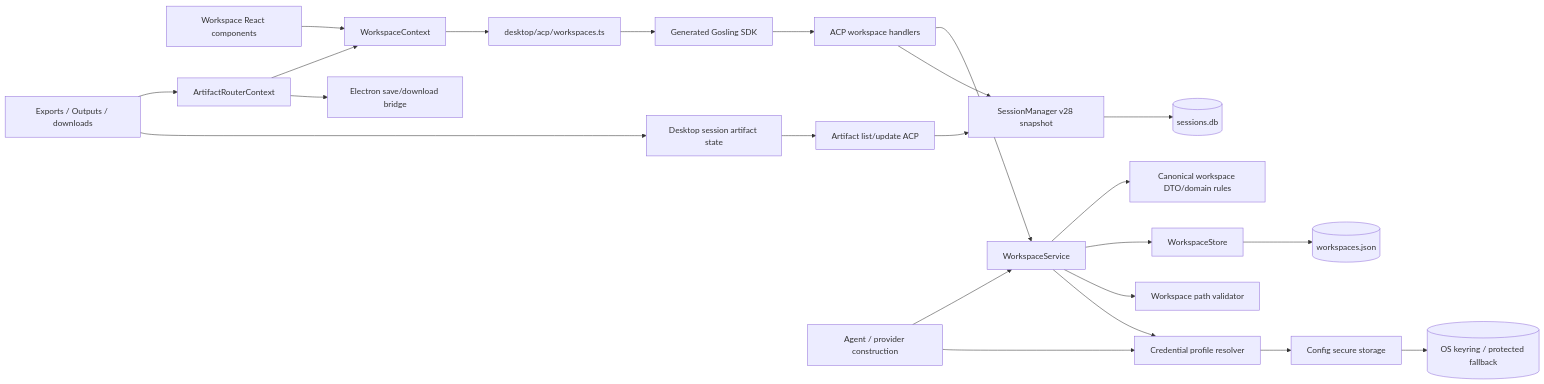
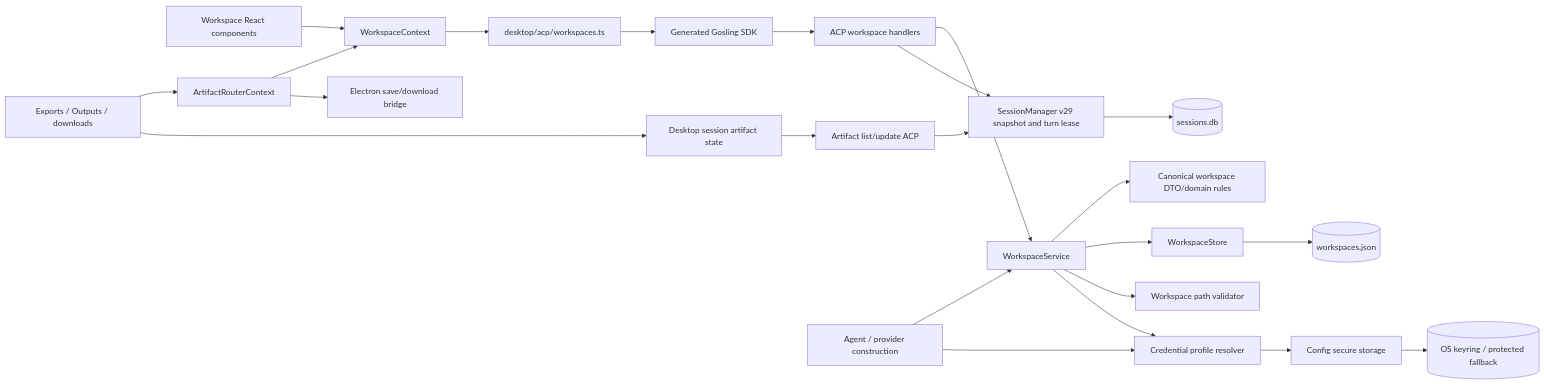
Before and after one commit to cephalopod-ai/gosling: the first of 2 diagrams in docs/architecture.md, drawn with Mermaid. The commit also changed 36 other files, not shown here.

````diff
--- a/docs/architecture.md
+++ b/docs/architecture.md
@@ -12,25 +12,25 @@
 ```mermaid
 flowchart LR
     UI[Workspace React components] --> Context[WorkspaceContext]
     ArtifactUI[Exports / Outputs / downloads] --> Router[ArtifactRouterContext]
     ArtifactUI --> ArtifactStore[Desktop session artifact state]
     ArtifactStore --> ArtifactACP[Artifact list/update ACP]
     ArtifactACP --> Sessions
     Router --> Context
     Router --> Electron[Electron save/download bridge]
     Context --> DesktopACP[desktop/acp/workspaces.ts]
     DesktopACP --> SDK[Generated Gosling SDK]
     SDK --> Handlers[ACP workspace handlers]
     Handlers --> Service[WorkspaceService]
     Service --> Domain[Canonical workspace DTO/domain rules]
     Service --> Store[WorkspaceStore]
     Service --> Validator[Workspace path validator]
     Service --> Credentials[Credential profile resolver]
     Store --> JSON[(workspaces.json)]
     Credentials --> Config[Config secure storage]
     Config --> Keyring[(OS keyring / protected fallback)]
-    Handlers --> Sessions[SessionManager v28 snapshot]
+    Handlers --> Sessions[SessionManager v29 snapshot and turn lease]
     Sessions --> DB[(sessions.db)]
     Agent[Agent / provider construction] --> Service
     Agent --> Credentials
 ```
````
